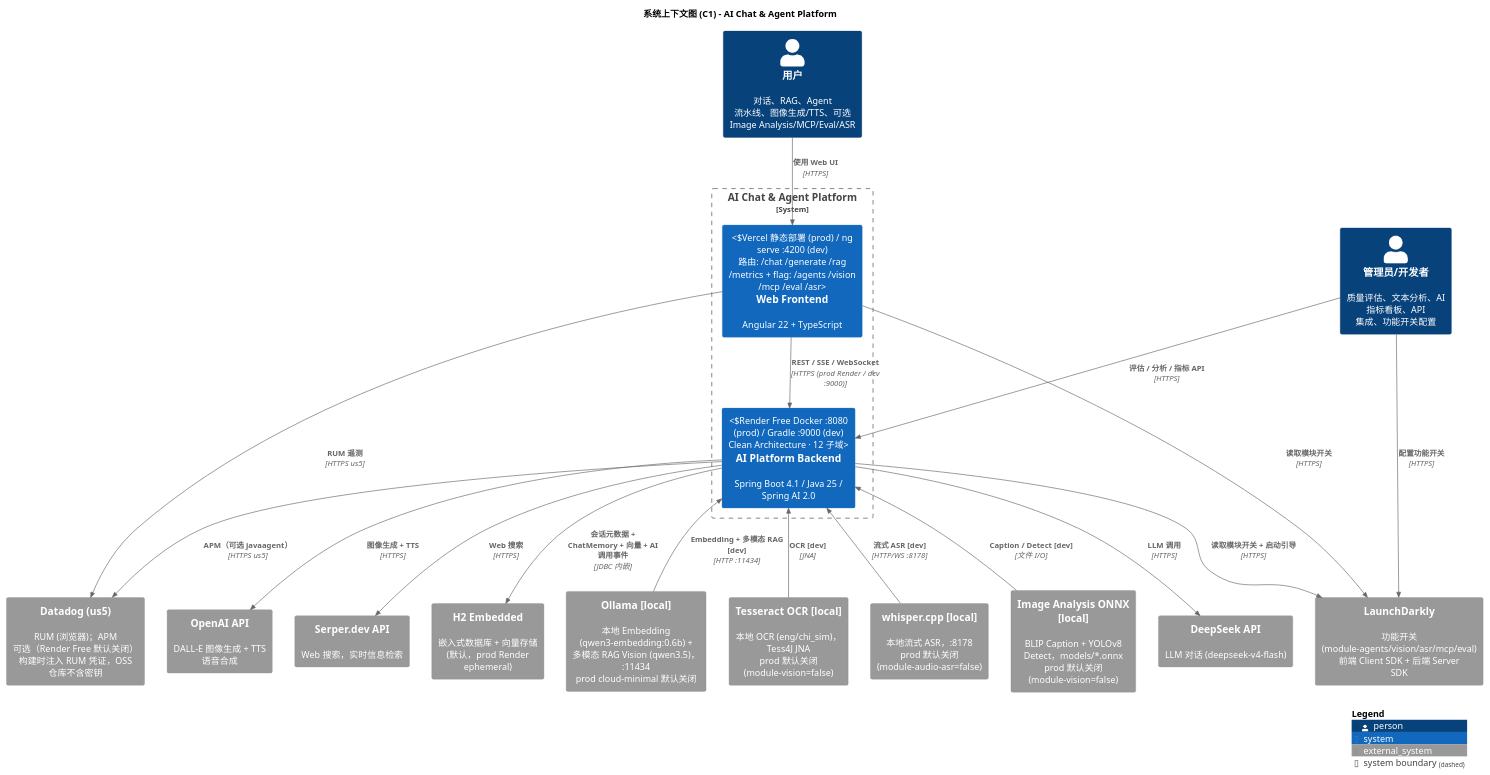
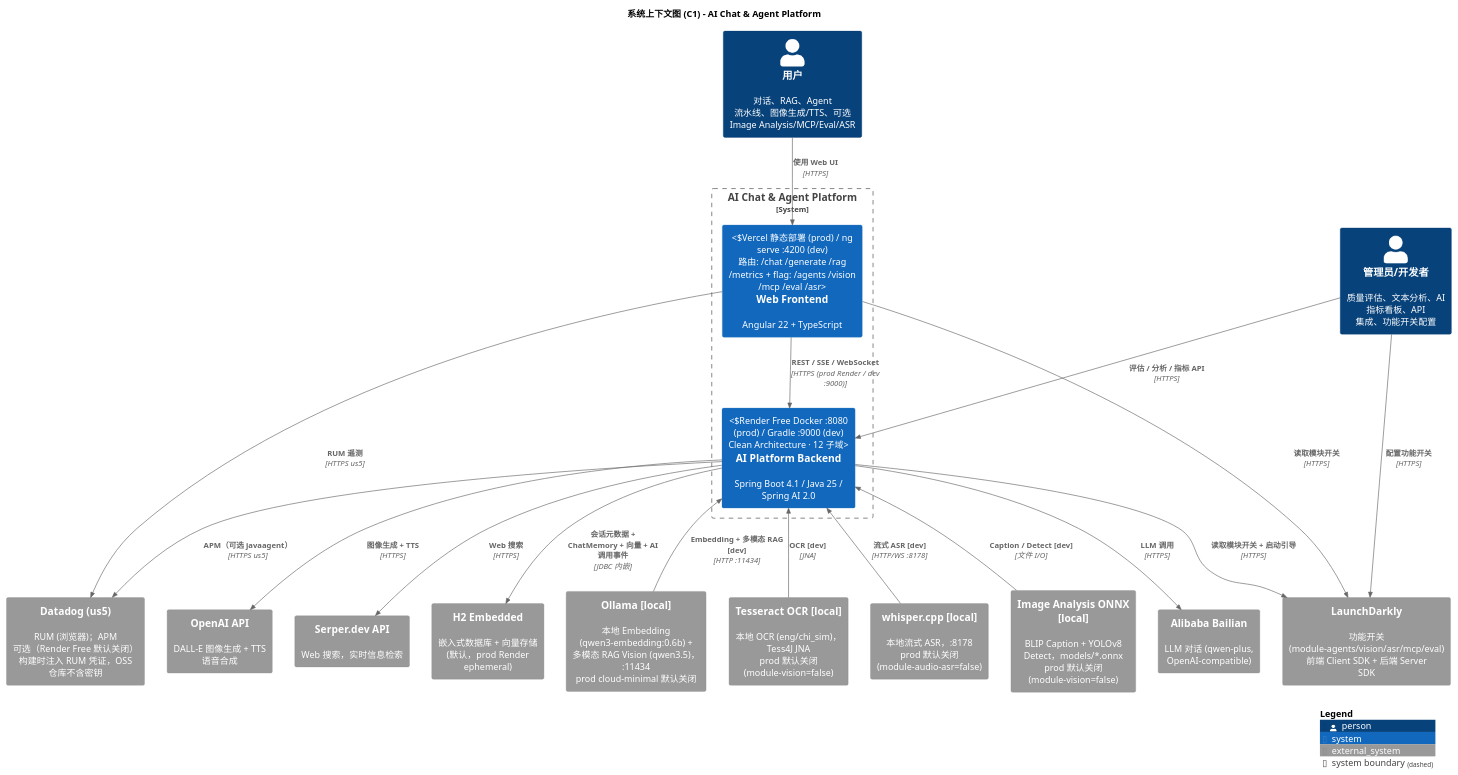
Before and after one commit to felixzhu97/explore-ai: the diagram in docs/developer/c4-model/C1-Context.puml, drawn with PlantUML. The commit also changed 29 other files, not shown here.

First line of the commit message:
feat: switch default cloud chat to Bailian Qwen

```diff
--- a/docs/developer/c4-model/C1-Context.puml
+++ b/docs/developer/c4-model/C1-Context.puml
@@ -1,68 +1,68 @@
 @startuml C1-Context
 !include https://raw.githubusercontent.com/plantuml-stdlib/C4-PlantUML/master/C4_Context.puml
 
 LAYOUT_WITH_LEGEND()
 
 title 系统上下文图 (C1) - AI Chat & Agent Platform
 
 ' ============================================================
 ' PEOPLE
 ' ============================================================
 Person(user, "用户", "对话、RAG、Agent 流水线、图像生成/TTS、可选 Image Analysis/MCP/Eval/ASR")
 Person(admin, "管理员/开发者", "质量评估、文本分析、AI 指标看板、API 集成、功能开关配置")
 
 ' ============================================================
 ' AI Chat & Agent Platform
 ' ============================================================
 System_Boundary(ai_platform, "AI Chat & Agent Platform") {
     System(frontend, "Web Frontend", "Angular 22 + TypeScript", "Vercel 静态部署 (prod) / ng serve :4200 (dev)\n路由: /chat /generate /rag /metrics + flag: /agents /vision /mcp /eval /asr")
     System(backend, "AI Platform Backend", "Spring Boot 4.1 / Java 25 / Spring AI 2.0", "Render Free Docker :8080 (prod) / Gradle :9000 (dev)\nClean Architecture · 12 子域")
 }
 
 ' ============================================================
 ' PLATFORM SERVICES
 ' ============================================================
 System_Ext(launchdarkly, "LaunchDarkly", "功能开关 (module-agents/vision/asr/mcp/eval)\n前端 Client SDK + 后端 Server SDK")
 System_Ext(datadog, "Datadog (us5)", "RUM (浏览器)；APM 可选（Render Free 默认关闭）\n构建时注入 RUM 凭证，OSS 仓库不含密钥")
 
 ' ============================================================
 ' CLOUD AI SERVICES (prod + dev)
 ' ============================================================
-System_Ext(deepseek_api, "DeepSeek API", "LLM 对话 (deepseek-v4-flash)")
+System_Ext(bailian_api, "Alibaba Bailian", "LLM 对话 (qwen-plus, OpenAI-compatible)")
 System_Ext(openai_api, "OpenAI API", "DALL-E 图像生成 + TTS 语音合成")
 System_Ext(serper_api, "Serper.dev API", "Web 搜索，实时信息检索")
 
 ' ============================================================
 ' DATA & LOCAL-ONLY SERVICES (dev / optional)
 ' ============================================================
 System_Ext(h2_db, "H2 Embedded", "嵌入式数据库 + 向量存储 (默认，prod Render ephemeral)")
 System_Ext(ollama, "Ollama [local]", "本地 Embedding (qwen3-embedding:0.6b) + 多模态 RAG Vision (qwen3.5)，:11434\nprod cloud-minimal 默认关闭")
 System_Ext(tesseract, "Tesseract OCR [local]", "本地 OCR (eng/chi_sim)，Tess4J JNA\nprod 默认关闭 (module-vision=false)")
 System_Ext(whisper_cpp, "whisper.cpp [local]", "本地流式 ASR，:8178\nprod 默认关闭 (module-audio-asr=false)")
 System_Ext(onnx_vision, "Image Analysis ONNX [local]", "BLIP Caption + YOLOv8 Detect，models/*.onnx\nprod 默认关闭 (module-vision=false)")
 
 ' ============================================================
 ' RELATIONSHIPS
 ' ============================================================
 Rel(user, frontend, "使用 Web UI", "HTTPS")
 Rel(admin, launchdarkly, "配置功能开关", "HTTPS")
 Rel(admin, backend, "评估 / 分析 / 指标 API", "HTTPS")
 Rel(frontend, backend, "REST / SSE / WebSocket", "HTTPS (prod Render / dev :9000)")
 
 Rel(frontend, launchdarkly, "读取模块开关", "HTTPS")
 Rel(frontend, datadog, "RUM 遥测", "HTTPS us5")
 Rel(backend, launchdarkly, "读取模块开关 + 启动引导", "HTTPS")
 Rel(backend, datadog, "APM（可选 javaagent）", "HTTPS us5")
 
-Rel(backend, deepseek_api, "LLM 调用", "HTTPS")
+Rel(backend, bailian_api, "LLM 调用", "HTTPS")
 Rel(backend, openai_api, "图像生成 + TTS", "HTTPS")
 Rel(backend, serper_api, "Web 搜索", "HTTPS")
 Rel(backend, h2_db, "会话元数据 + ChatMemory + 向量 + AI 调用事件", "JDBC 内嵌")
 
 Rel_Back(backend, ollama, "Embedding + 多模态 RAG [dev]", "HTTP :11434")
 Rel_Back(backend, tesseract, "OCR [dev]", "JNA")
 Rel_Back(backend, whisper_cpp, "流式 ASR [dev]", "HTTP/WS :8178")
 Rel_Back(backend, onnx_vision, "Caption / Detect [dev]", "文件 I/O")
 
 SHOW_LEGEND()
 @enduml
```
